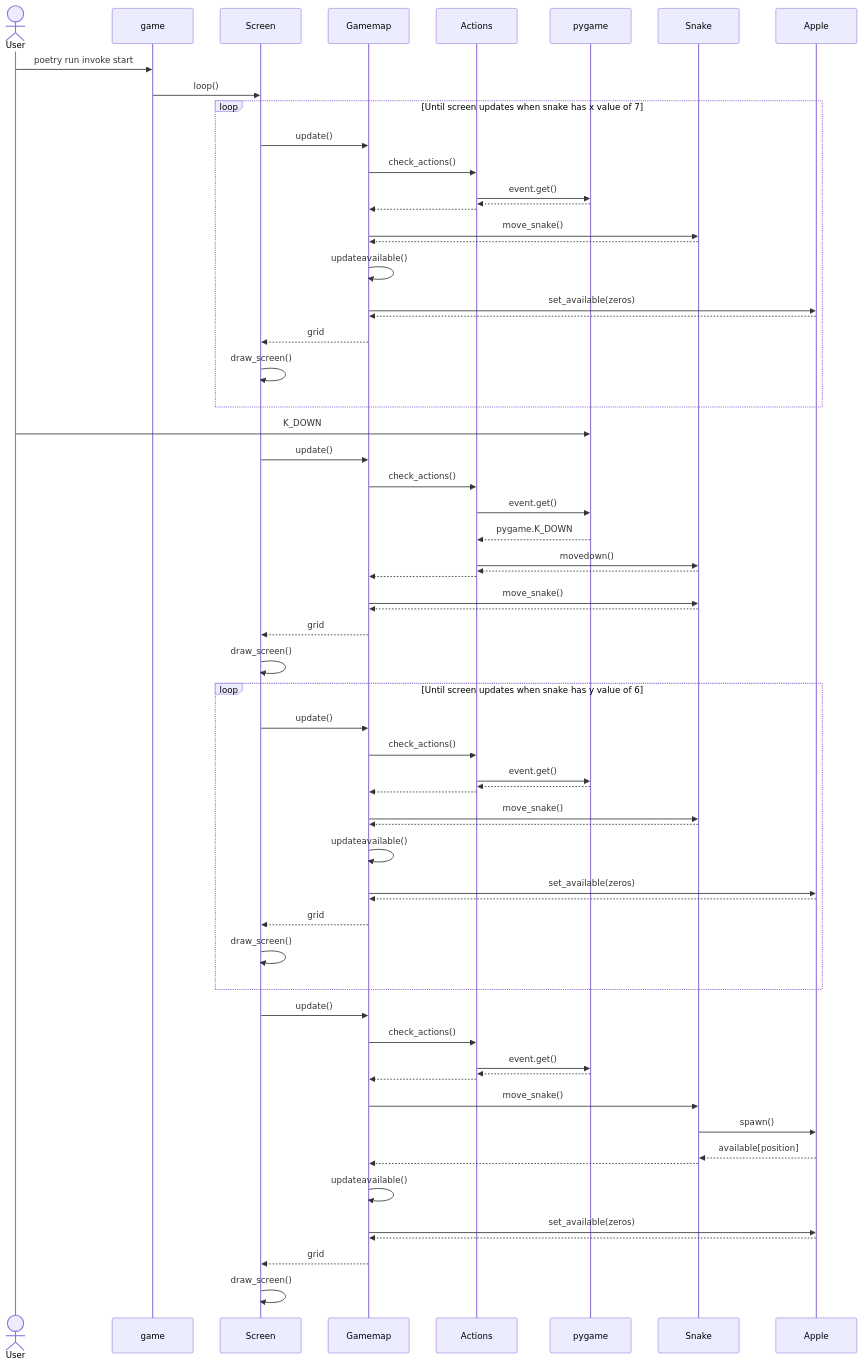
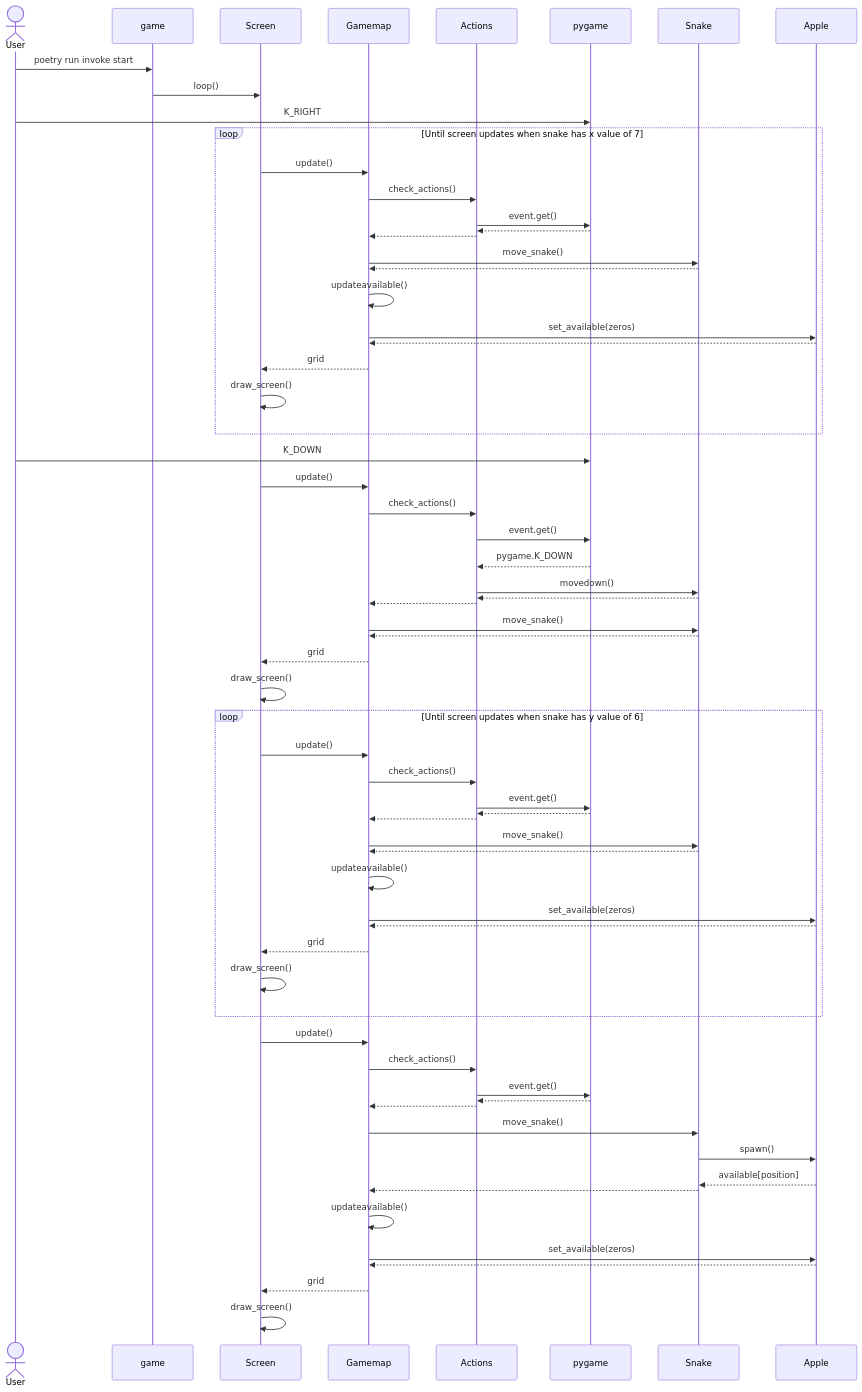
The second of 2 diagrams in dokumentaatio/arkkitehtuuri.md (ThomasGrundstrom/ot-harjoitustyo), drawn with Mermaid before and after one commit.

````diff
--- a/dokumentaatio/arkkitehtuuri.md
+++ b/dokumentaatio/arkkitehtuuri.md
@@ -57,68 +57,69 @@
 ```mermaid
  sequenceDiagram
 	actor User
 	participant game
 	participant Screen
 	participant Gamemap
 	participant Actions
 	participant pygame
 	participant Snake
 	participant Apple
 	User->>game: poetry run invoke start
 	game->>Screen: loop()
+	User->>pygame: K_RIGHT
 	loop Until screen updates when snake has x value of 7
 	Screen->>Gamemap: update()
 	Gamemap->>Actions: check_actions()
 	Actions->>pygame: event.get()
 	pygame-->>Actions: 
 	Actions-->>Gamemap: 
 	Gamemap->>Snake: move_snake()
 	Snake-->>Gamemap: 
 	Gamemap->>Gamemap: updateavailable()
 	Gamemap->>Apple: set_available(zeros)
 	Apple-->>Gamemap: 
 	Gamemap-->>Screen: grid
 	Screen->>Screen: draw_screen()
 	end
 	User->>pygame: K_DOWN
 	Screen->>Gamemap: update()
 	Gamemap->>Actions: check_actions()
 	Actions->>pygame: event.get()
 	pygame-->>Actions: pygame.K_DOWN
 	Actions->>Snake: movedown()
 	Snake-->>Actions: 
 	Actions-->>Gamemap: 
 	Gamemap->>Snake: move_snake()
 	Snake-->>Gamemap: 
 	Gamemap-->>Screen: grid
 	Screen->>Screen: draw_screen()
 	loop Until screen updates when snake has y value of 6
 	Screen->>Gamemap: update()
 	Gamemap->>Actions: check_actions()
 	Actions->>pygame: event.get()
 	pygame-->>Actions: 
 	Actions-->>Gamemap: 
 	Gamemap->>Snake: move_snake()
 	Snake-->>Gamemap: 
 	Gamemap->>Gamemap: updateavailable()
 	Gamemap->>Apple: set_available(zeros)
 	Apple-->>Gamemap: 
 	Gamemap-->>Screen: grid
 	Screen->>Screen: draw_screen()
 	end
 	Screen->>Gamemap: update()
 	Gamemap->>Actions: check_actions()
 	Actions->>pygame: event.get()
 	pygame-->>Actions: 
 	Actions-->>Gamemap: 
 	Gamemap->>Snake: move_snake()
 	Snake->>Apple: spawn()
 	Apple-->>Snake: available[position]
 	Snake-->>Gamemap: 
 	Gamemap->>Gamemap: updateavailable()
 	Gamemap->>Apple: set_available(zeros)
 	Apple-->>Gamemap: 
 	Gamemap-->>Screen: grid
 	Screen->>Screen: draw_screen()
 
 ```
````
